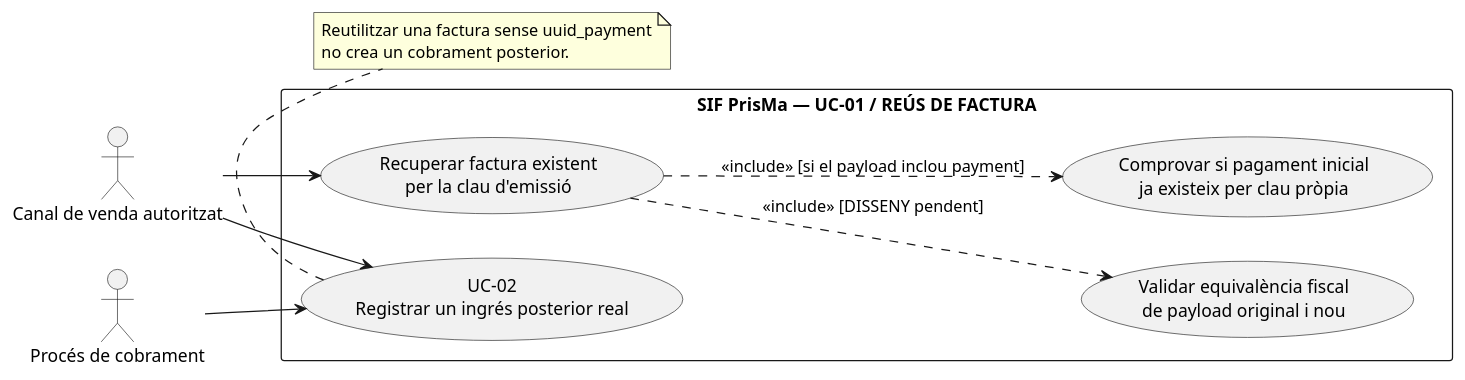
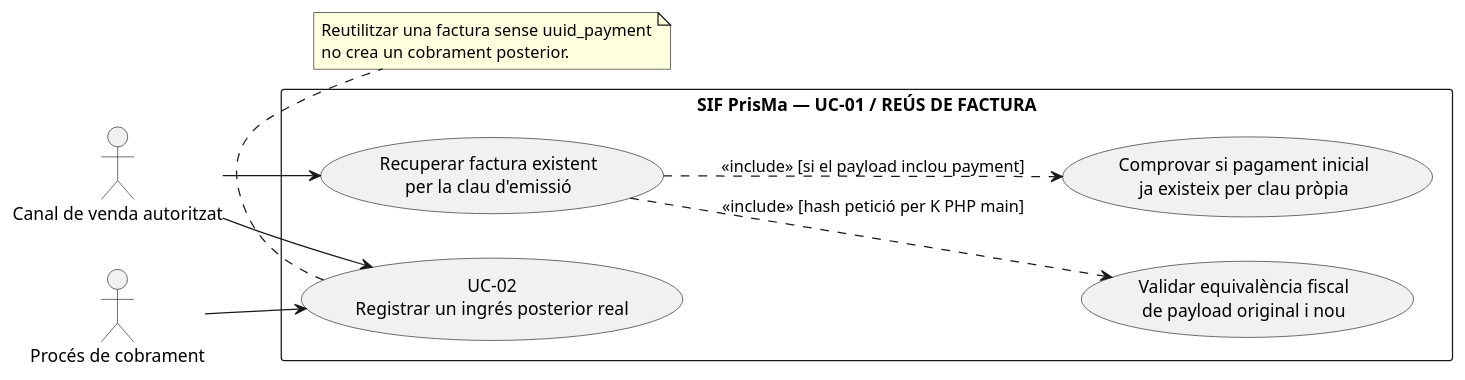
Before and after one commit to orgmeriemprismacat-del/verifactu: the fifth of 10 diagrams in documentacio/07-uml-integrat/uc-001-emetre-o-reutilitzar-factura.md, drawn with PlantUML. The commit also changed other lines of this file, not shown here.

Commit message:
docs(uml): UC-01 reescriu seqüència de reús de factura prèvia conforme assertMatches de main

````diff
--- a/documentacio/07-uml-integrat/uc-001-emetre-o-reutilitzar-factura.md
+++ b/documentacio/07-uml-integrat/uc-001-emetre-o-reutilitzar-factura.md
@@ -245,22 +245,22 @@
 ```plantuml
 @startuml
 left to right direction
 actor "Canal de venda autoritzat" as C
 actor "Procés de cobrament" as B
 rectangle "SIF PrisMa — UC-01 / REÚS DE FACTURA" {
  usecase "Recuperar factura existent\nper la clau d'emissió" as Reuse
  usecase "Validar equivalència fiscal\nde payload original i nou" as Eq
  usecase "Comprovar si pagament inicial\nja existeix per clau pròpia" as FindPay
  usecase "UC-02\nRegistrar un ingrés posterior real" as Charge
 }
 C --> Reuse
-Reuse ..> Eq : <<include>> [DISSENY pendent]
+Reuse ..> Eq : <<include>> [hash petició per K PHP main]
 Reuse ..> FindPay : <<include>> [si el payload inclou payment]
 B --> Charge
 C --> Charge
 note bottom of Charge
  Reutilitzar una factura sense uuid_payment
  no crea un cobrament posterior.
 end note
 @enduml
 ```
````
